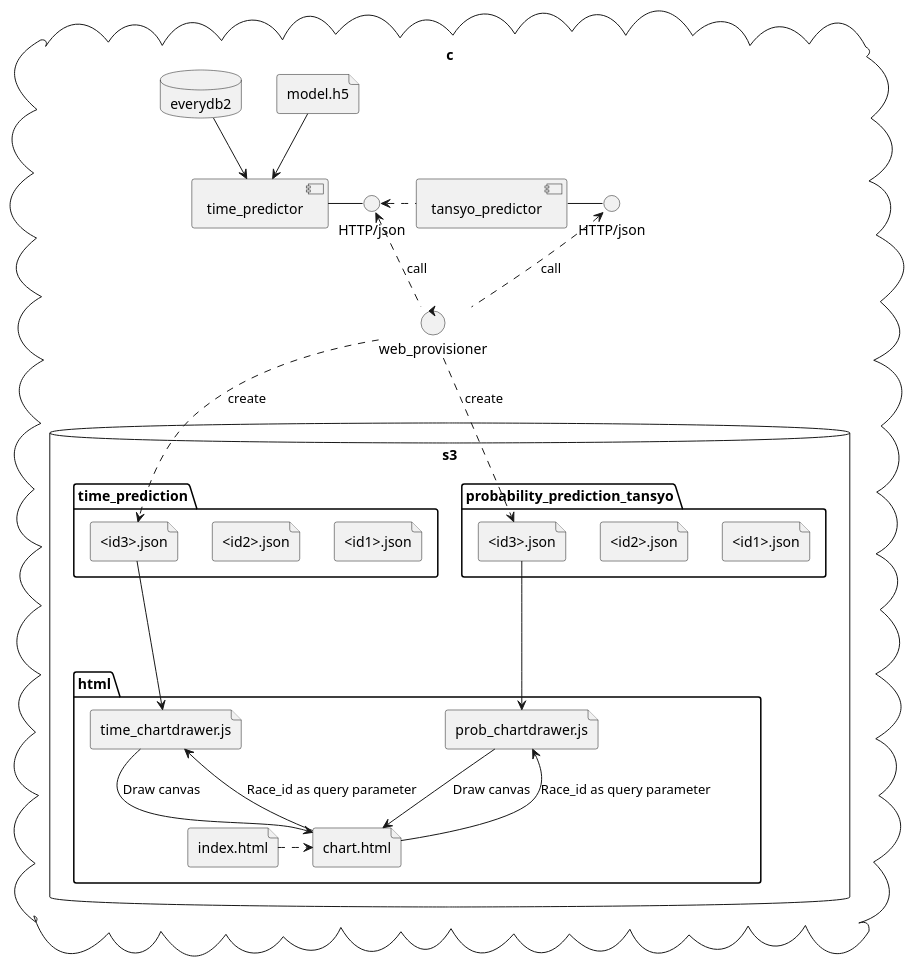
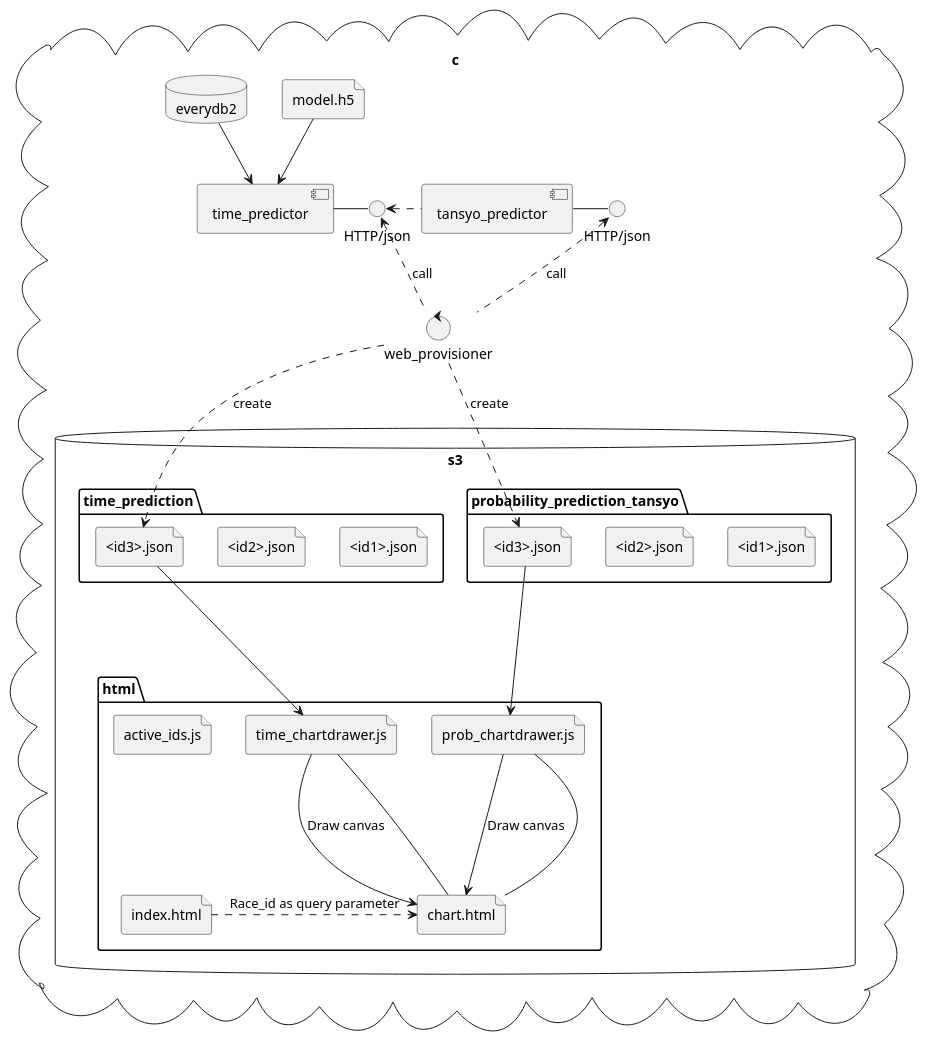
Before and after one commit to iwase22334/uma_document: the diagram in software_design/web/overview.plantuml, drawn with PlantUML.

Commit message:
update web system design

```diff
--- a/software_design/web/overview.plantuml
+++ b/software_design/web/overview.plantuml
@@ -1,58 +1,59 @@
 @startuml
 
 cloud c {
     database s3 {
         folder html {
             file "index.html" as index
+            file "active_ids.js" as ajs
             file "time_chartdrawer.js" as tjs
             file "prob_chartdrawer.js" as pjs
             file "chart.html" as chart
-            index .> chart
+            index .> chart : Race_id as query parameter
             tjs --> chart  : Draw canvas
-            chart -up-> tjs  : Race_id as query parameter
+            chart --up- tjs
 
             pjs --> chart  : Draw canvas
-            chart -up-> pjs  : Race_id as query parameter
+            chart --up- pjs
 
         }
 
         folder time_prediction {
             file "<id1>.json" as tp1
             file "<id2>.json" as tp2
             file "<id3>.json" as tp3
         } 
 
         folder probability_prediction_tansyo {
             file "<id1>.json" as pp1
             file "<id2>.json" as pp2
             file "<id3>.json" as pp3
         } 
     }
 
     file "model.h5" as model
     database everydb2
     control web_provisioner 
 
     component tansyo_predictor
     interface "HTTP/json" as tanp_i
 
     component time_predictor
     interface "HTTP/json" as tp_i
 
     tansyo_predictor - tanp_i
     tansyo_predictor .left.> tp_i
 
     time_predictor - tp_i
     everydb2 --> time_predictor 
     model --> time_predictor
 
     tp3 ---> tjs
     pp3 ---> pjs
 
     web_provisioner .up.> tp_i : call
     web_provisioner .up.> tanp_i : call
     web_provisioner ..> tp3 : create
     web_provisioner ..> pp3 : create
 }
 
 @enduml
```
